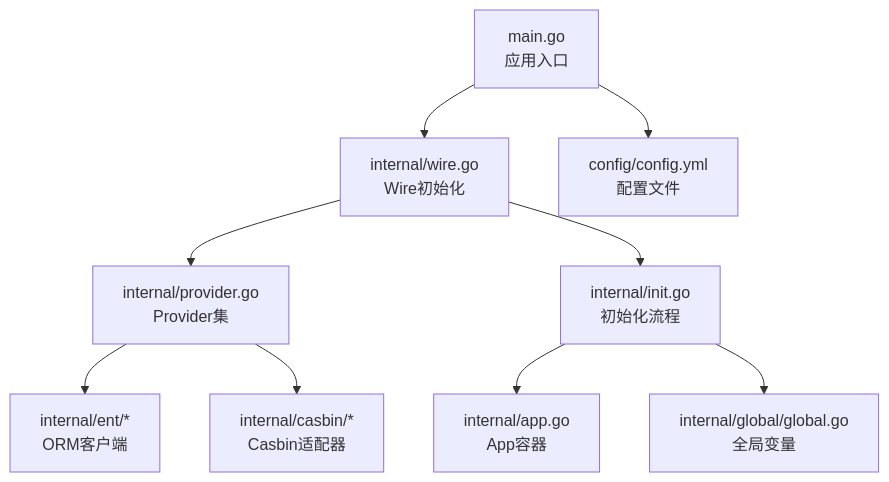
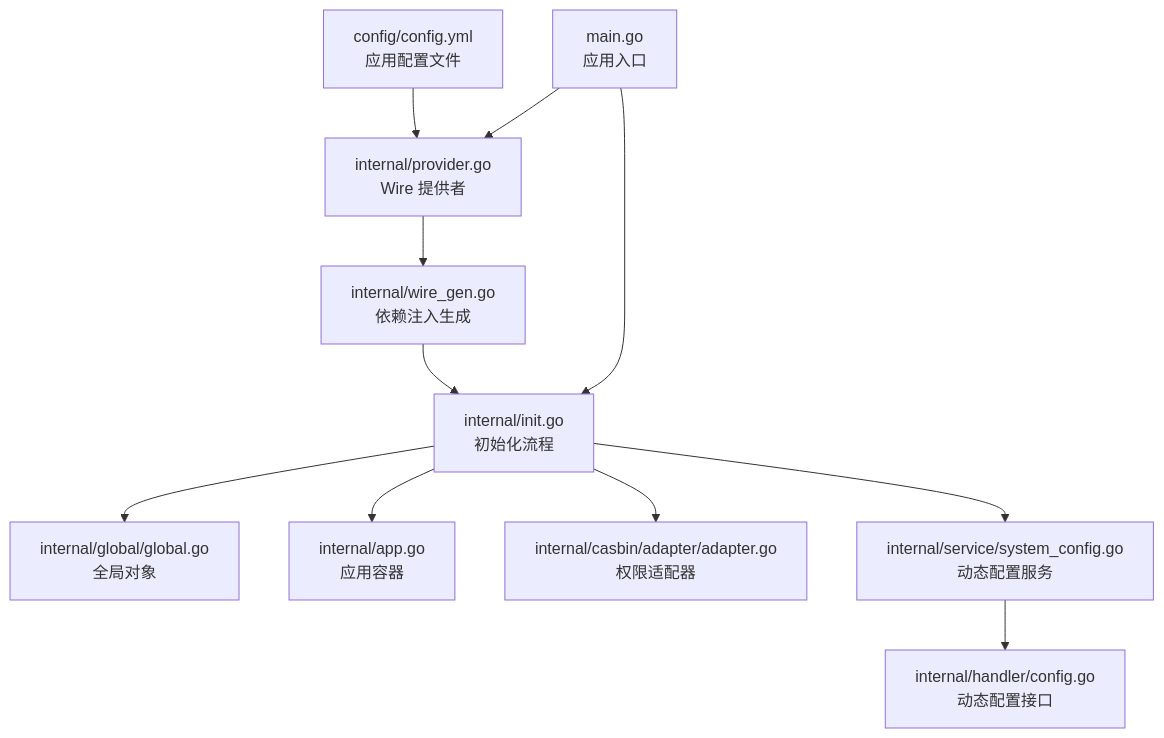
One commit to wuwuseo/e-sports-go-admin changed the first of 4 diagrams in .qoder/repowiki/zh/content/配置管理/配置管理.md. Above: the diagram before and after it, drawn with Mermaid. The commit also changed other lines of this file and 115 other files, not shown here.

````diff
--- a/.qoder/repowiki/zh/content/配置管理/配置管理.md
+++ b/.qoder/repowiki/zh/content/配置管理/配置管理.md
@@ -38,11 +42,13 @@
 ```mermaid
 graph TB
-A["main.go<br/>应用入口"] --> B["internal/wire.go<br/>Wire初始化"]
-B --> C["internal/provider.go<br/>Provider集"]
-B --> D["internal/init.go<br/>初始化流程"]
-D --> E["internal/app.go<br/>App容器"]
-D --> F["internal/global/global.go<br/>全局变量"]
-A --> G["config/config.yml<br/>配置文件"]
-C --> H["internal/ent/*<br/>ORM客户端"]
-C --> I["internal/casbin/*<br/>Casbin适配器"]
+A["config/config.yml<br/>应用配置文件"] --> B["internal/provider.go<br/>Wire 提供者"]
+B --> C["internal/wire_gen.go<br/>依赖注入生成"]
+C --> D["internal/init.go<br/>初始化流程"]
+D --> E["internal/global/global.go<br/>全局对象"]
+D --> F["internal/app.go<br/>应用容器"]
+D --> G["internal/casbin/adapter/adapter.go<br/>权限适配器"]
+D --> H["internal/service/system_config.go<br/>动态配置服务"]
+H --> I["internal/handler/config.go<br/>动态配置接口"]
+J["main.go<br/>应用入口"] --> B
+J --> D
 ```
````
